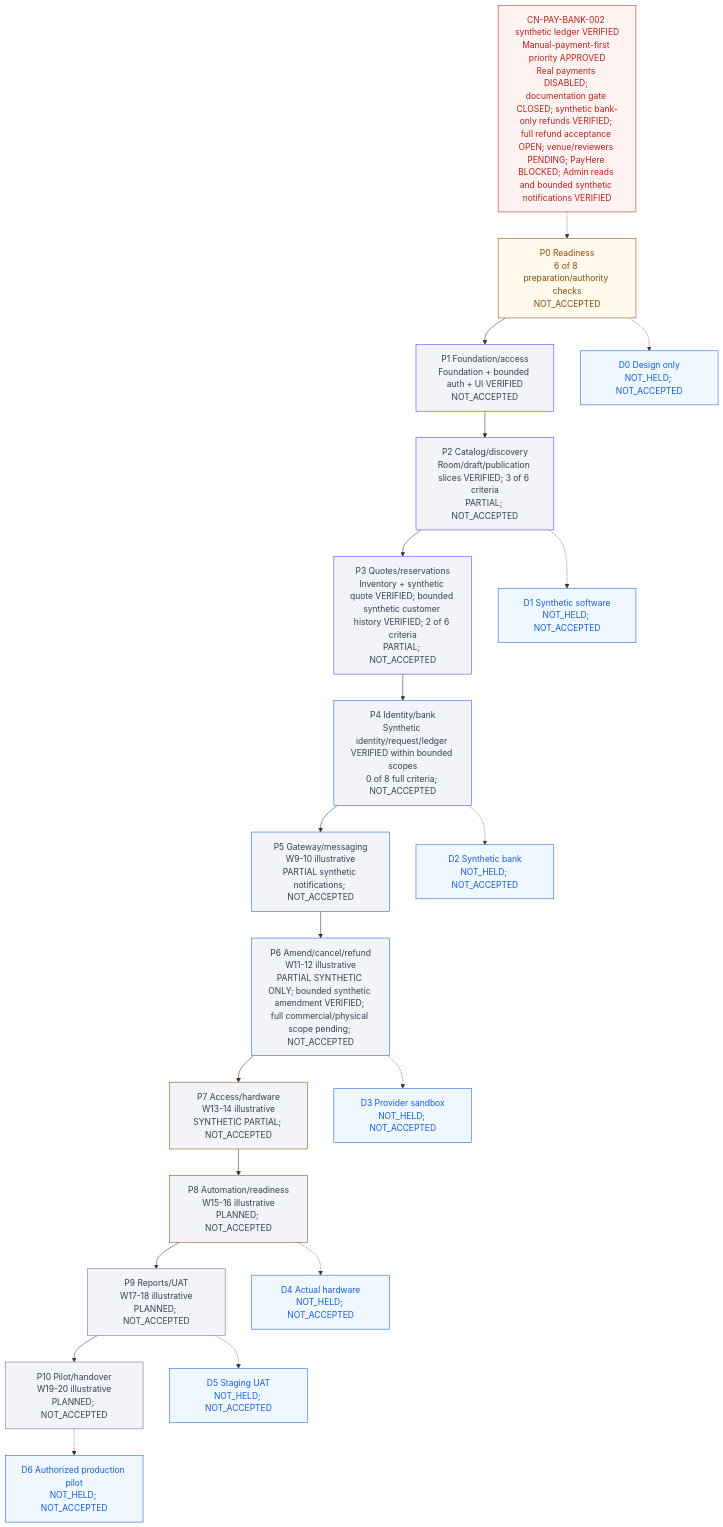
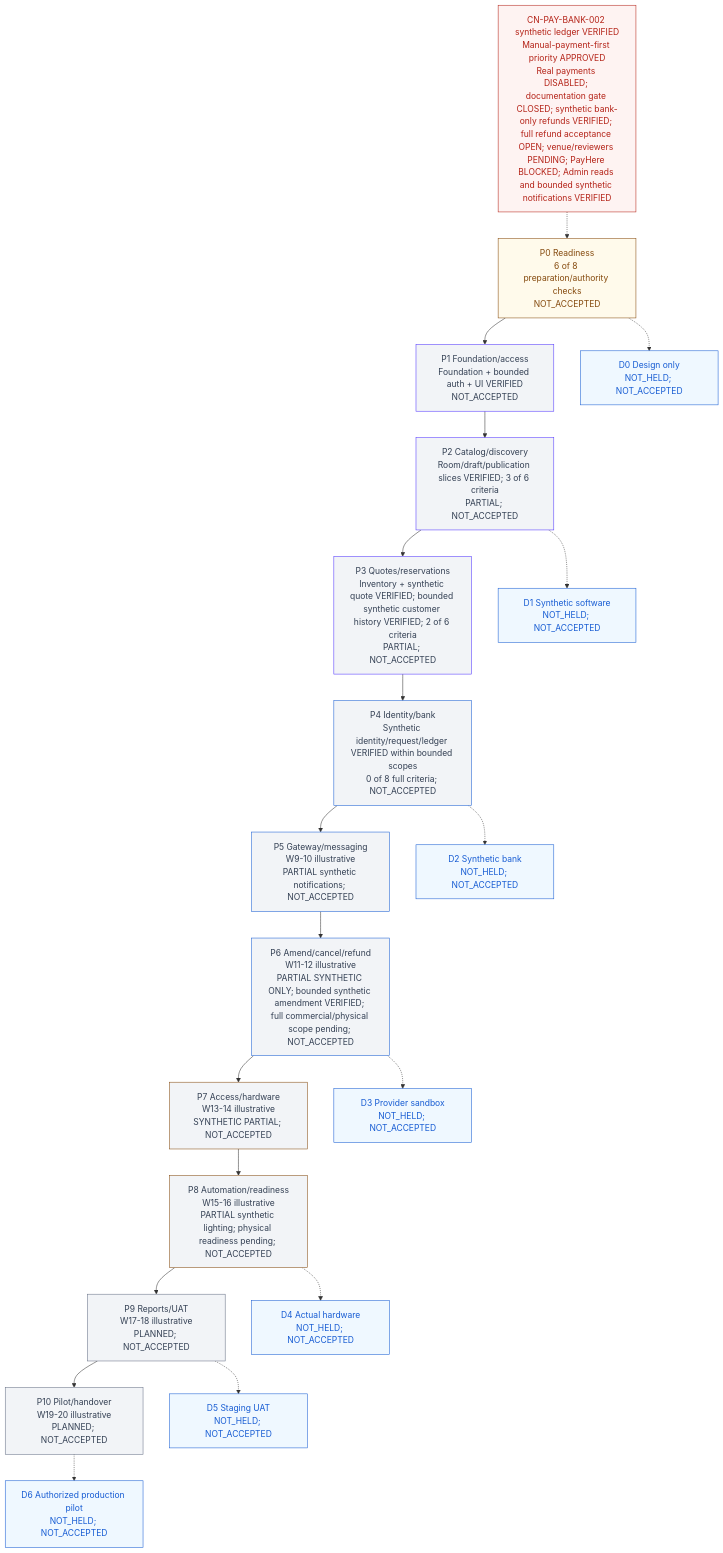
One commit to Hasitha3513/Theater-Project changed the diagram in knowledge/PROGRESS.md. Above: the diagram before and after it, drawn with Mermaid. The commit also changed other lines of this file and 39 other files, not shown here.

Commit message:
feat(iot): add bounded synthetic lighting simulator

````diff
--- a/knowledge/PROGRESS.md
+++ b/knowledge/PROGRESS.md
@@ -313,45 +313,45 @@
 ```mermaid
 flowchart TB
   G["CN-PAY-BANK-002 synthetic ledger VERIFIED<br/>Manual-payment-first priority APPROVED<br/>Real payments DISABLED; documentation gate CLOSED; synthetic bank-only refunds VERIFIED; full refund acceptance OPEN; venue/reviewers PENDING; PayHere BLOCKED; Admin reads and bounded synthetic notifications VERIFIED"]
   P0["P0 Readiness<br/>6 of 8 preparation/authority checks<br/>NOT_ACCEPTED"]
   P1["P1 Foundation/access<br/>Foundation + bounded auth + UI VERIFIED<br/>NOT_ACCEPTED"]
   P2["P2 Catalog/discovery<br/>Room/draft/publication slices VERIFIED; 3 of 6 criteria<br/>PARTIAL; NOT_ACCEPTED"]
   P3["P3 Quotes/reservations<br/>Inventory + synthetic quote VERIFIED; bounded synthetic customer history VERIFIED; 2 of 6 criteria<br/>PARTIAL; NOT_ACCEPTED"]
   P4["P4 Identity/bank<br/>Synthetic identity/request/ledger VERIFIED within bounded scopes<br/>0 of 8 full criteria; NOT_ACCEPTED"]
   P5["P5 Gateway/messaging<br/>W9-10 illustrative<br/>PARTIAL synthetic notifications; NOT_ACCEPTED"]
   P6["P6 Amend/cancel/refund<br/>W11-12 illustrative<br/>PARTIAL SYNTHETIC ONLY; bounded synthetic amendment VERIFIED; full commercial/physical scope pending; NOT_ACCEPTED"]
   P7["P7 Access/hardware<br/>W13-14 illustrative<br/>SYNTHETIC PARTIAL; NOT_ACCEPTED"]
-  P8["P8 Automation/readiness<br/>W15-16 illustrative<br/>PLANNED; NOT_ACCEPTED"]
+  P8["P8 Automation/readiness<br/>W15-16 illustrative<br/>PARTIAL synthetic lighting; physical readiness pending; NOT_ACCEPTED"]
   P9["P9 Reports/UAT<br/>W17-18 illustrative<br/>PLANNED; NOT_ACCEPTED"]
   P10["P10 Pilot/handover<br/>W19-20 illustrative<br/>PLANNED; NOT_ACCEPTED"]
   G -.-> P0
   P0 --> P1 --> P2 --> P3 --> P4 --> P5 --> P6 --> P7 --> P8 --> P9 --> P10
   D0["D0 Design only<br/>NOT_HELD; NOT_ACCEPTED"]
   D1["D1 Synthetic software<br/>NOT_HELD; NOT_ACCEPTED"]
   D2["D2 Synthetic bank<br/>NOT_HELD; NOT_ACCEPTED"]
   D3["D3 Provider sandbox<br/>NOT_HELD; NOT_ACCEPTED"]
   D4["D4 Actual hardware<br/>NOT_HELD; NOT_ACCEPTED"]
   D5["D5 Staging UAT<br/>NOT_HELD; NOT_ACCEPTED"]
   D6["D6 Authorized production pilot<br/>NOT_HELD; NOT_ACCEPTED"]
   P0 -.-> D0
   P2 -.-> D1
   P4 -.-> D2
   P6 -.-> D3
   P8 -.-> D4
   P9 -.-> D5
   P10 -.-> D6
   classDef readiness fill:#FFFAEB,color:#854A0E,stroke:#854A0E;
   classDef foundation fill:#F2F4F7,color:#344054,stroke:#5135FF;
   classDef financial fill:#F2F4F7,color:#344054,stroke:#175CD3;
   classDef physical fill:#F2F4F7,color:#344054,stroke:#854A0E;
   classDef release fill:#F2F4F7,color:#344054,stroke:#667085;
   classDef blocked fill:#FEF3F2,color:#B42318,stroke:#B42318;
   classDef demo fill:#EFF8FF,color:#175CD3,stroke:#175CD3;
   class P0 readiness;
   class P1,P2,P3 foundation;
   class P4,P5,P6 financial;
   class P7,P8 physical;
   class P9,P10 release;
   class G blocked;
   class D0,D1,D2,D3,D4,D5,D6 demo;
 ```
````
